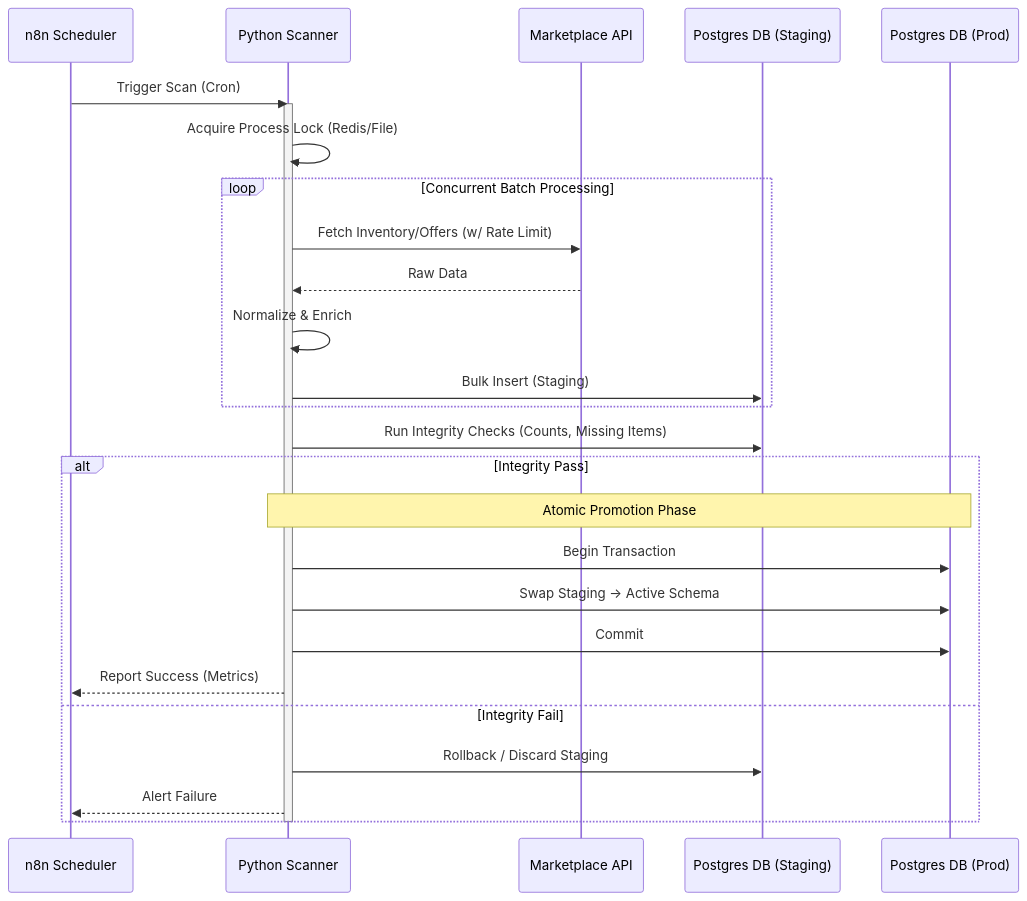
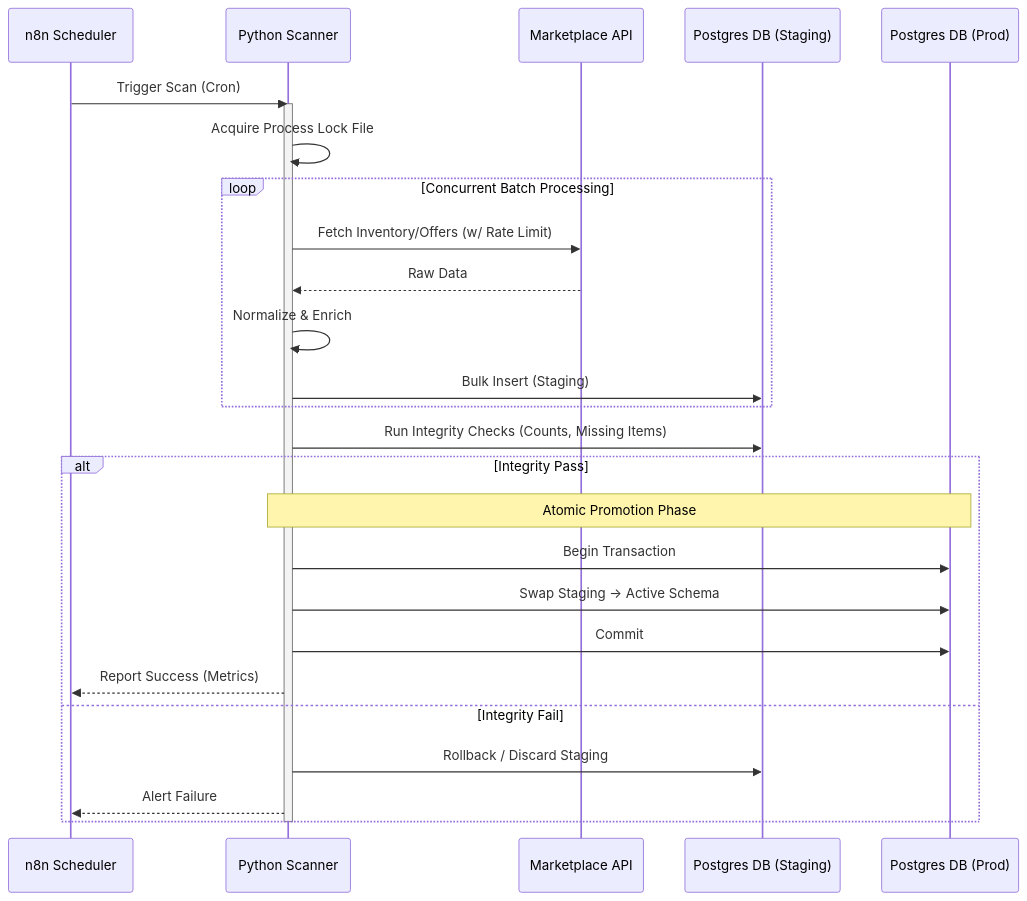
One commit to MathiasDick/portfolio changed the second of 2 diagrams in src/content/work/Software/Market-Monitor.md. Above: the diagram before and after it, drawn with Mermaid. The commit also changed other lines of this file and 2 other files, not shown here.

Commit message:
Add AI-Ticket assistant project description

````diff
--- a/src/content/work/Software/Market-Monitor.md
+++ b/src/content/work/Software/Market-Monitor.md
@@ -78,34 +78,34 @@
 ```mermaid
 sequenceDiagram
     participant S as n8n Scheduler
     participant P as Python Scanner
     participant M as Marketplace API
     participant DB as Postgres DB (Staging)
     participant PROD as Postgres DB (Prod)
 
     S->>P: Trigger Scan (Cron)
     activate P
-    P->>P: Acquire Process Lock (Redis/File)
+    P->>P: Acquire Process Lock File
     
     loop Concurrent Batch Processing
         P->>M: Fetch Inventory/Offers (w/ Rate Limit)
         M-->>P: Raw Data
         P->>P: Normalize & Enrich
         P->>DB: Bulk Insert (Staging)
     end
     
     P->>DB: Run Integrity Checks (Counts, Missing Items)
     
     alt Integrity Pass
         note over P, PROD: Atomic Promotion Phase
         P->>PROD: Begin Transaction
         P->>PROD: Swap Staging -> Active Schema
         P->>PROD: Commit
         P-->>S: Report Success (Metrics)
     else Integrity Fail
         P->>DB: Rollback / Discard Staging
         P-->>S: Alert Failure
     end
     
     deactivate P
 ```
````
